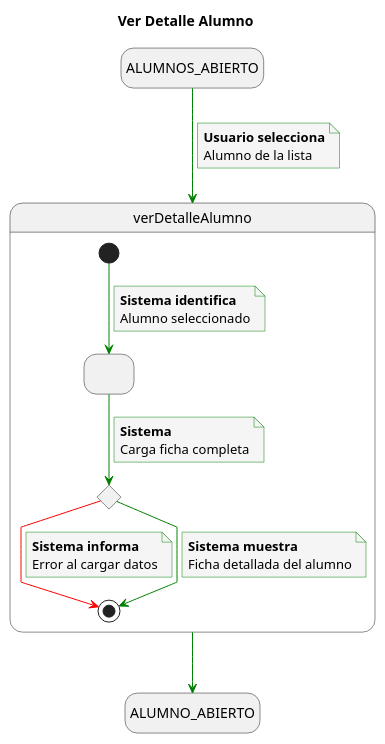
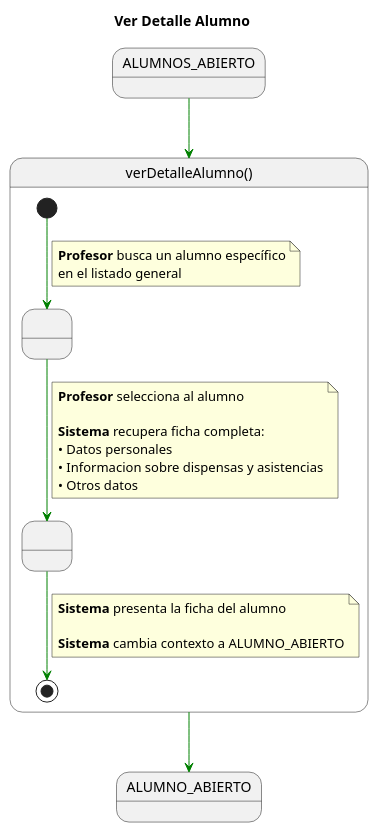
Before and after one commit to enmabry/25-26-IdSw1-SdR: the diagram in documents/CasosDeUso/DetalladoCasosDeUso/Profesor/verDetalleAlumno.puml, drawn with PlantUML. The commit also changed 11 other files, not shown here.

```diff
--- a/documents/CasosDeUso/DetalladoCasosDeUso/Profesor/verDetalleAlumno.puml
+++ b/documents/CasosDeUso/DetalladoCasosDeUso/Profesor/verDetalleAlumno.puml
@@ -1,52 +1,43 @@
 @startuml
 title Ver Detalle Alumno
 
-skinparam {
-    NoteBackgroundColor #whiteSmoke
-    ArrowColor #green
-    NoteBorderColor #green
-    linetype polyline
+skinparam linetype polyline
+
+state ALUMNOS_ABIERTO_INICIAL as "ALUMNOS_ABIERTO"
+state ALUMNO_ABIERTO_FINAL as "ALUMNO_ABIERTO"
+
+ALUMNOS_ABIERTO_INICIAL -[#green]-> verDetalleAlumno
+
+state verDetalleAlumno as "verDetalleAlumno()" {
+
+    state " " as SeleccionEnLista
+    state " " as DetalleCargado
+
+    [*] -[#green]-> SeleccionEnLista
+    note on link
+    <b>Profesor</b> busca un alumno específico
+    en el listado general
+    end note
+
+    SeleccionEnLista -[#green]-> DetalleCargado
+    note on link
+    <b>Profesor</b> selecciona al alumno
+
+    <b>Sistema</b> recupera ficha completa:
+    • Datos personales
+    • Informacion sobre dispensas y asistencias
+    • Otros datos
+    end note
+
+    DetalleCargado -[#green]-> [*]
+    note on link
+    <b>Sistema</b> presenta la ficha del alumno
+
+    <b>Sistema</b> cambia contexto a ALUMNO_ABIERTO
+    end note
+
 }
 
-hide empty description
+verDetalleAlumno -[#green]-> ALUMNO_ABIERTO_FINAL
 
-state startState as "ALUMNOS_ABIERTO"
-state endState as "ALUMNO_ABIERTO"
-
-startState --> verDetalleAlumno
-note on link
-    <b>Usuario selecciona</b>
-    Alumno de la lista
-end note
-
-state verDetalleAlumno {
-    state RecuperandoDatos as " "
-    state ValidarSeleccion <<choice>>
-
-    [*] --> RecuperandoDatos
-    note on link
-        <b>Sistema identifica</b>
-        Alumno seleccionado
-    end note
-
-    RecuperandoDatos --> ValidarSeleccion
-    note on link
-        <b>Sistema</b>
-        Carga ficha completa
-    end note
-
-    ValidarSeleccion -[#red]-> [*]
-    note on link
-        <b>Sistema informa</b>
-        Error al cargar datos
-    end note
-
-    ValidarSeleccion --> [*]
-    note on link
-        <b>Sistema muestra</b>
-        Ficha detallada del alumno
-    end note
-}
-
-verDetalleAlumno --> endState
 @enduml
```
